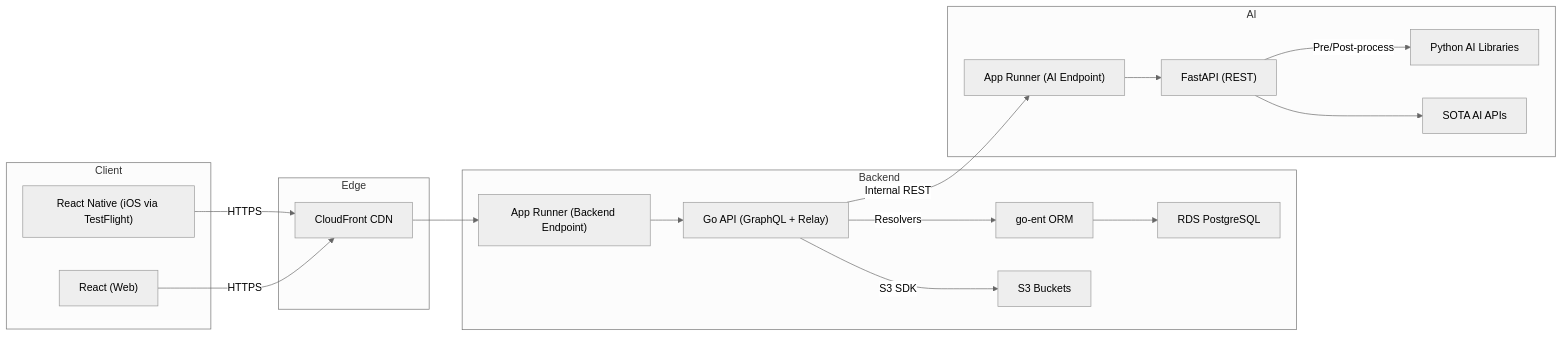
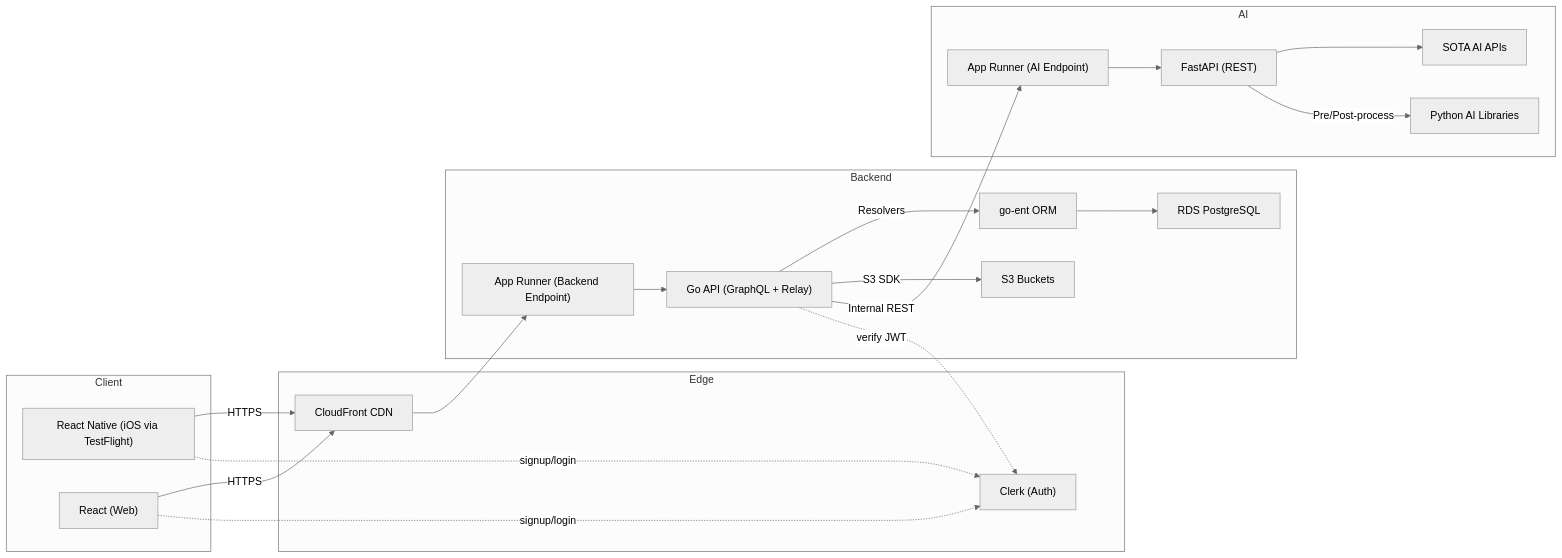
Before and after one commit to schlenker-owl/full-stack-ai: the first of 2 diagrams in README.md, drawn with Mermaid (neutral theme). The commit also changed other lines of this file and 7 other files, not shown here.

`````diff
--- a/README.md
+++ b/README.md
@@ -43,38 +44,45 @@
 ```mermaid
 flowchart LR
   %% Client
   subgraph Client
     RN["React Native (iOS via TestFlight)"]
     WEB["React (Web)"]
   end
 
-  %% Edge
+  %% Edge & Identity
   subgraph Edge
     CF["CloudFront CDN"]
+    CLERK["Clerk (Auth)"]
   end
 
   %% Backend
   subgraph Backend
     AR["App Runner (Backend Endpoint)"]
     API["Go API (GraphQL + Relay)"]
     ENT["go-ent ORM"]
     PG["RDS PostgreSQL"]
     S3["S3 Buckets"]
   end
 
   %% AI
   subgraph AI
     AIAR["App Runner (AI Endpoint)"]
     AIFast["FastAPI (REST)"]
     PyLibs["Python AI Libraries"]
     ExtAPIs["SOTA AI APIs"]
   end
 
   RN -->|HTTPS| CF
   WEB -->|HTTPS| CF
+  RN -. signup/login .-> CLERK
+  WEB -. signup/login .-> CLERK
+
   CF --> AR --> API
   API -->|Resolvers| ENT --> PG
   API -->|S3 SDK| S3
   API -->|Internal REST| AIAR --> AIFast --> ExtAPIs
   AIFast -->|Pre/Post-process| PyLibs
+
+  %% Token verification path
+  API -. verify JWT .-> CLERK
 ````
`````
